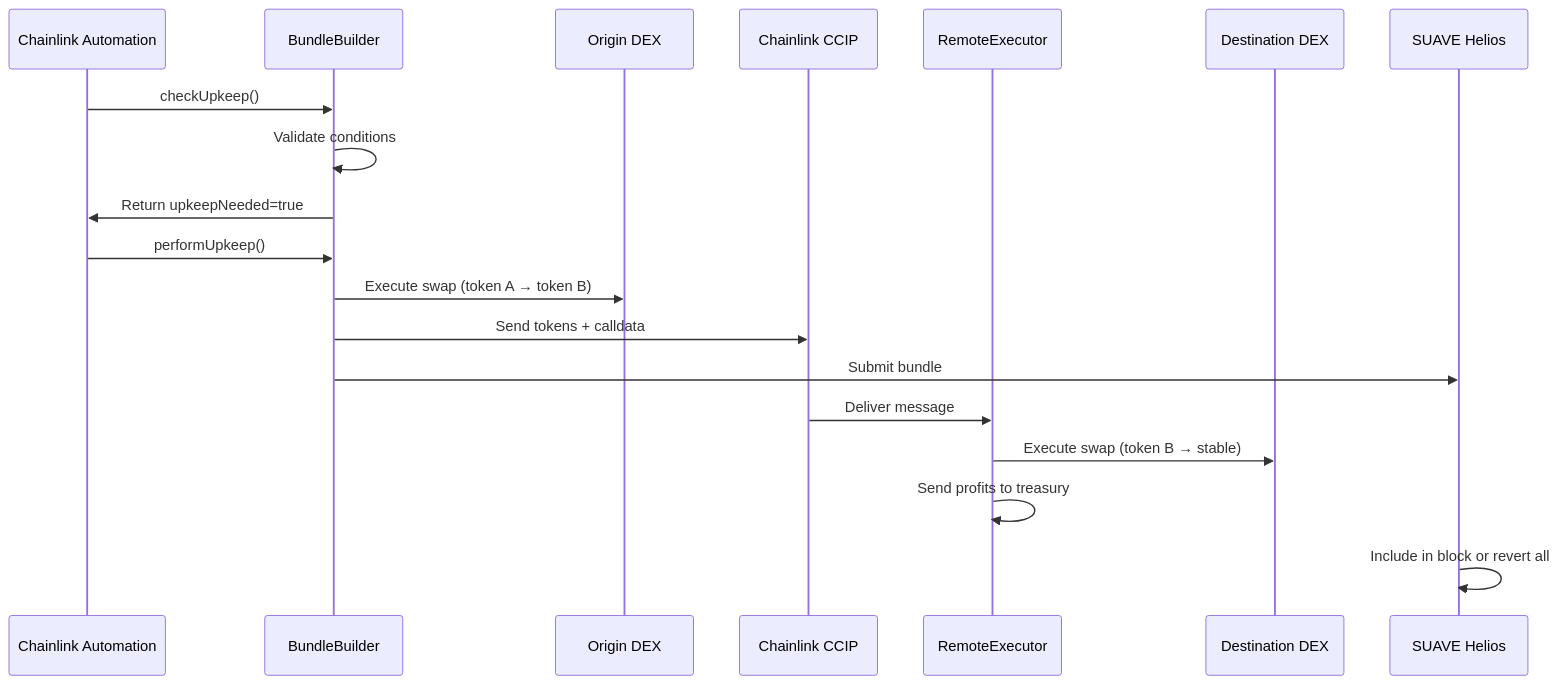
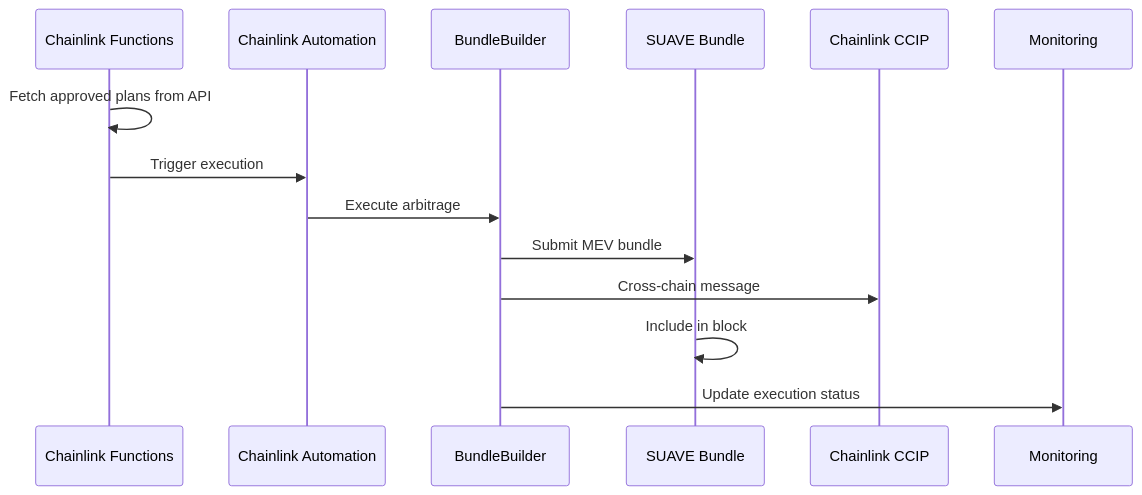
The third of 4 diagrams in docs/ARCHITECTURE.md (foundryUp/CrossLink-Arbiter), drawn with Mermaid before and after one commit. The commit also changed other lines of this file and 24 other files, not shown here.

Commit message:
chore : add simplified flows

````diff
--- a/docs/ARCHITECTURE.md
+++ b/docs/ARCHITECTURE.md
@@ -125,22 +108,17 @@
 ```mermaid
 sequenceDiagram
+    participant CF as Chainlink Functions
     participant Auto as Chainlink Automation
     participant BB as BundleBuilder
-    participant DEX1 as Origin DEX
+    participant SUAVE as SUAVE Bundle
     participant CCIP as Chainlink CCIP
-    participant RE as RemoteExecutor
-    participant DEX2 as Destination DEX
-    participant SUAVE as SUAVE Helios
+    participant Dashboard as Monitoring
     
-    Auto->>BB: checkUpkeep()
-    BB->>BB: Validate conditions
-    BB->>Auto: Return upkeepNeeded=true
-    Auto->>BB: performUpkeep()
-    BB->>DEX1: Execute swap (token A → token B)
-    BB->>CCIP: Send tokens + calldata
-    BB->>SUAVE: Submit bundle
-    CCIP->>RE: Deliver message
-    RE->>DEX2: Execute swap (token B → stable)
-    RE->>RE: Send profits to treasury
-    SUAVE->>SUAVE: Include in block or revert all
+    CF->>CF: Fetch approved plans from API
+    CF->>Auto: Trigger execution
+    Auto->>BB: Execute arbitrage
+    BB->>SUAVE: Submit MEV bundle
+    BB->>CCIP: Cross-chain message
+    SUAVE->>SUAVE: Include in block
+    BB->>Dashboard: Update execution status
 ```
````
